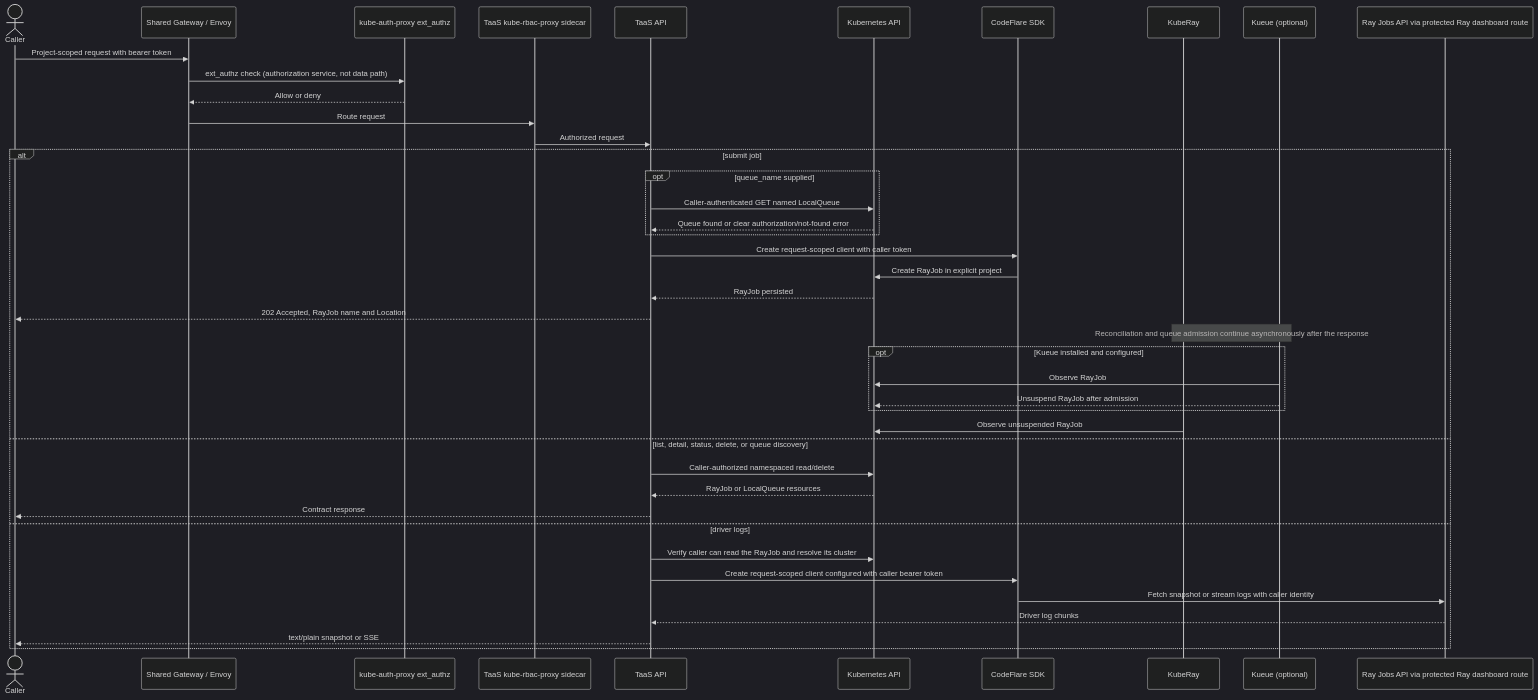
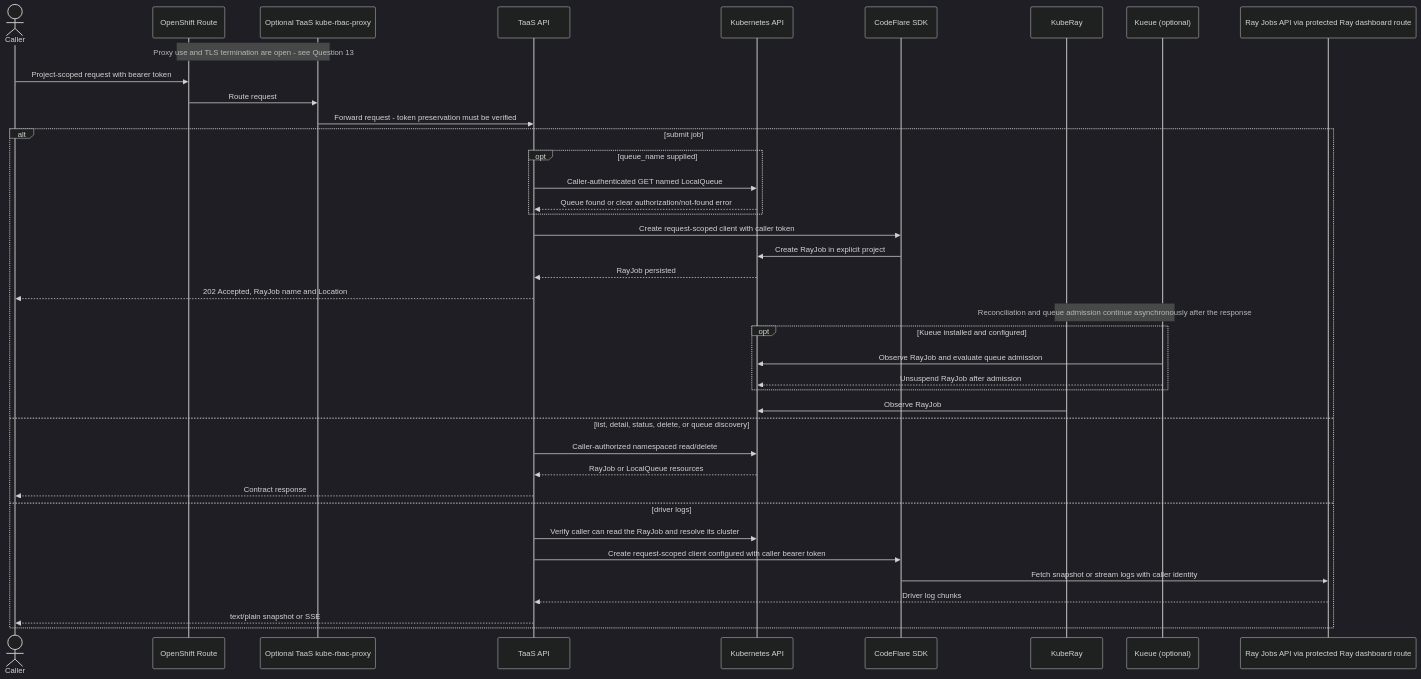
The second of 2 diagrams in architecture-decision-records/distributed-workloads/ODH-ADR-TA-0002-taas-rhoai-technical-preview.md (opendatahub-io/architecture-decision-records), drawn with Mermaid (dark theme) before and after one commit. The commit also changed other lines of this file, not shown here.

````diff
--- a/architecture-decision-records/distributed-workloads/ODH-ADR-TA-0002-taas-rhoai-technical-preview.md
+++ b/architecture-decision-records/distributed-workloads/ODH-ADR-TA-0002-taas-rhoai-technical-preview.md
@@ -163,44 +164,42 @@
 ```mermaid
 sequenceDiagram
     actor Caller
-    participant GW as Shared Gateway / Envoy
-    participant Auth as kube-auth-proxy ext_authz
-    participant Proxy as TaaS kube-rbac-proxy sidecar
+    participant Ingress as OpenShift Route
+    participant Proxy as Optional TaaS kube-rbac-proxy
     participant API as TaaS API
     participant K8s as Kubernetes API
     participant CF as CodeFlare SDK
     participant KubeRay as KubeRay
     participant Kueue as Kueue (optional)
     participant RayHTTP as Ray Jobs API via protected Ray dashboard route
-    Caller ->> GW: Project-scoped request with bearer token
-    GW ->> Auth: ext_authz check (authorization service, not data path)
-    Auth -->> GW: Allow or deny
-    GW ->> Proxy: Route request;%% caller-token forwarding is unverified
-    Proxy ->> API: Authorized request
+    Note over Ingress,Proxy: Proxy use and TLS termination are open - see Question 13
+    Caller ->> Ingress: Project-scoped request with bearer token
+    Ingress ->> Proxy: Route request;%% token forwarding is a release gate
+    Proxy ->> API: Forward request - token preservation must be verified
     alt submit job
         opt queue_name supplied
             API ->> K8s: Caller-authenticated GET named LocalQueue
             K8s -->> API: Queue found or clear authorization/not-found error
         end
         API ->> CF: Create request-scoped client with caller token
-        CF ->> K8s: Create RayJob in explicit project;%% apply queue label if requested
+        CF ->> K8s: Create RayJob in explicit project;%% apply requested queue label; default queueing may occur at admission
         K8s -->> API: RayJob persisted
         API -->> Caller: 202 Accepted, RayJob name and Location
         Note over Kueue, KubeRay: Reconciliation and queue admission continue asynchronously after the response
         opt Kueue installed and configured
-            Kueue ->> K8s: Observe RayJob;%% default LocalQueue may be applied
+            Kueue ->> K8s: Observe RayJob and evaluate queue admission
             Kueue -->> K8s: Unsuspend RayJob after admission
         end
-        KubeRay ->> K8s: Observe unsuspended RayJob;%% create transient RayCluster and submitter resources
+        KubeRay ->> K8s: Observe RayJob;%% reconcile RayCluster and submitter resources as required by its state
     else list, detail, status, delete, or queue discovery
         API ->> K8s: Caller-authorized namespaced read/delete
         K8s -->> API: RayJob or LocalQueue resources
         API -->> Caller: Contract response
     else driver logs
         API ->> K8s: Verify caller can read the RayJob and resolve its cluster
         API ->> CF: Create request-scoped client configured with caller bearer token
         CF ->> RayHTTP: Fetch snapshot or stream logs with caller identity;%% token propagation and authorization are release gates
         RayHTTP -->> API: Driver log chunks
         API -->> Caller: text/plain snapshot or SSE
     end
 ```
````
